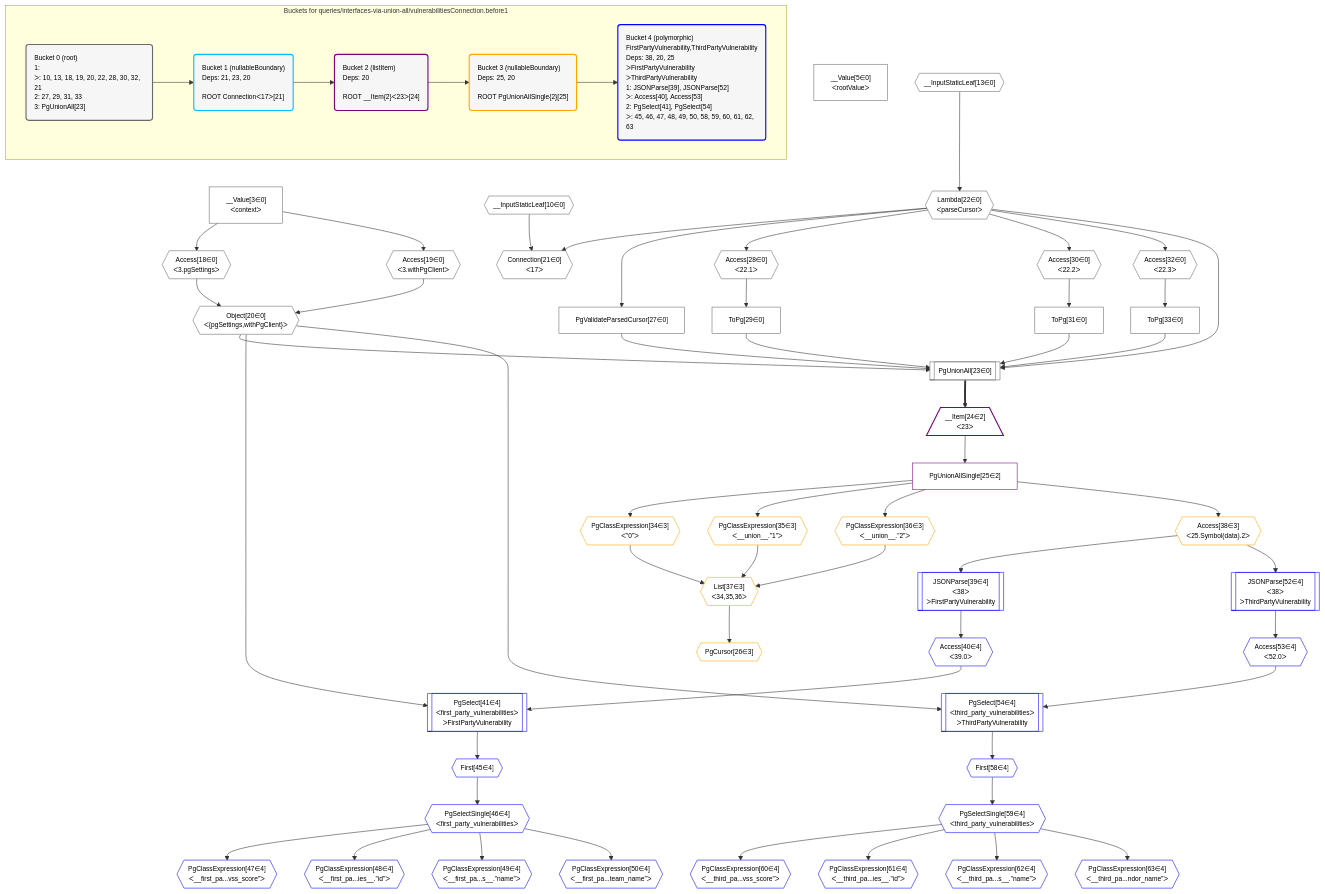
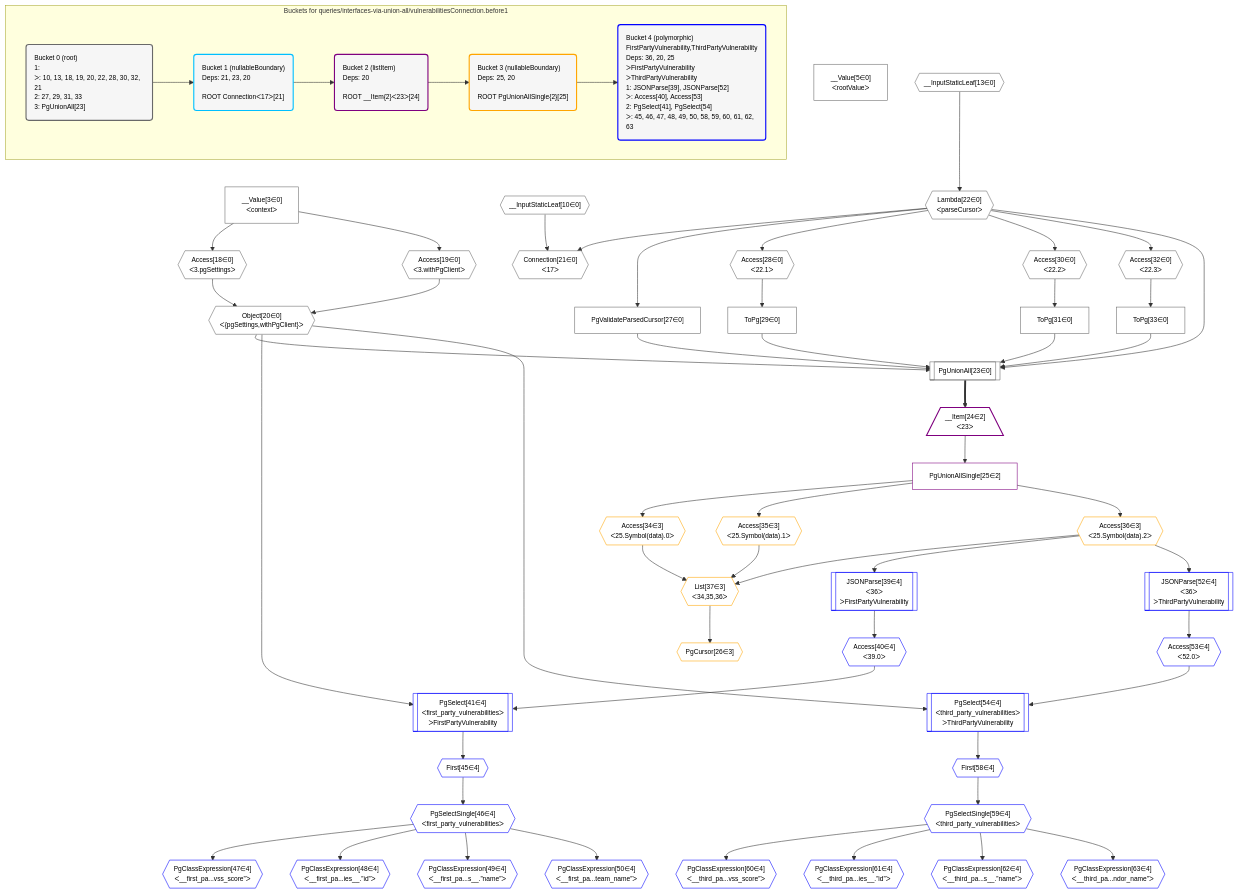
The diagram in grafast/dataplan-pg/__tests__/queries/interfaces-via-union-all/vulnerabilitiesConnection.before1.mermaid (graphile/crystal), drawn with Mermaid before and after one commit. The commit also changed 10 other files, not shown here.

```diff
--- a/grafast/dataplan-pg/__tests__/queries/interfaces-via-union-all/vulnerabilitiesConnection.before1.mermaid
+++ b/grafast/dataplan-pg/__tests__/queries/interfaces-via-union-all/vulnerabilitiesConnection.before1.mermaid
@@ -1,117 +1,115 @@
 %%{init: {'themeVariables': { 'fontSize': '12px'}}}%%
 graph TD
     classDef path fill:#eee,stroke:#000,color:#000
     classDef plan fill:#fff,stroke-width:1px,color:#000
     classDef itemplan fill:#fff,stroke-width:2px,color:#000
     classDef unbatchedplan fill:#dff,stroke-width:1px,color:#000
     classDef sideeffectplan fill:#fcc,stroke-width:2px,color:#000
     classDef bucket fill:#f6f6f6,color:#000,stroke-width:2px,text-align:left
 
 
     %% define steps
     __Value3["__Value[3∈0]<br />ᐸcontextᐳ"]:::plan
     __Value5["__Value[5∈0]<br />ᐸrootValueᐳ"]:::plan
     __InputStaticLeaf10{{"__InputStaticLeaf[10∈0]"}}:::plan
     __InputStaticLeaf13{{"__InputStaticLeaf[13∈0]"}}:::plan
     Access18{{"Access[18∈0]<br />ᐸ3.pgSettingsᐳ"}}:::plan
     Access19{{"Access[19∈0]<br />ᐸ3.withPgClientᐳ"}}:::plan
     Object20{{"Object[20∈0]<br />ᐸ{pgSettings,withPgClient}ᐳ"}}:::plan
     Lambda22{{"Lambda[22∈0]<br />ᐸparseCursorᐳ"}}:::plan
     Connection21{{"Connection[21∈0]<br />ᐸ17ᐳ"}}:::plan
     PgValidateParsedCursor27["PgValidateParsedCursor[27∈0]"]:::plan
     Access28{{"Access[28∈0]<br />ᐸ22.1ᐳ"}}:::plan
     ToPg29["ToPg[29∈0]"]:::plan
     Access30{{"Access[30∈0]<br />ᐸ22.2ᐳ"}}:::plan
     ToPg31["ToPg[31∈0]"]:::plan
     Access32{{"Access[32∈0]<br />ᐸ22.3ᐳ"}}:::plan
     ToPg33["ToPg[33∈0]"]:::plan
     PgUnionAll23[["PgUnionAll[23∈0]"]]:::plan
     __Item24[/"__Item[24∈2]<br />ᐸ23ᐳ"\]:::itemplan
     PgUnionAllSingle25["PgUnionAllSingle[25∈2]"]:::plan
-    PgClassExpression34{{"PgClassExpression[34∈3]<br />ᐸ”0”ᐳ"}}:::plan
-    PgClassExpression35{{"PgClassExpression[35∈3]<br />ᐸ__union__.”1”ᐳ"}}:::plan
-    PgClassExpression36{{"PgClassExpression[36∈3]<br />ᐸ__union__.”2”ᐳ"}}:::plan
+    Access34{{"Access[34∈3]<br />ᐸ25.Symbol(data).0ᐳ"}}:::plan
+    Access35{{"Access[35∈3]<br />ᐸ25.Symbol(data).1ᐳ"}}:::plan
+    Access36{{"Access[36∈3]<br />ᐸ25.Symbol(data).2ᐳ"}}:::plan
     List37{{"List[37∈3]<br />ᐸ34,35,36ᐳ"}}:::plan
     PgCursor26{{"PgCursor[26∈3]"}}:::plan
-    Access38{{"Access[38∈3]<br />ᐸ25.Symbol(data).2ᐳ"}}:::plan
-    JSONParse39[["JSONParse[39∈4]<br />ᐸ38ᐳ<br />ᐳFirstPartyVulnerability"]]:::plan
+    JSONParse39[["JSONParse[39∈4]<br />ᐸ36ᐳ<br />ᐳFirstPartyVulnerability"]]:::plan
     Access40{{"Access[40∈4]<br />ᐸ39.0ᐳ"}}:::plan
     PgSelect41[["PgSelect[41∈4]<br />ᐸfirst_party_vulnerabilitiesᐳ<br />ᐳFirstPartyVulnerability"]]:::plan
     First45{{"First[45∈4]"}}:::plan
     PgSelectSingle46{{"PgSelectSingle[46∈4]<br />ᐸfirst_party_vulnerabilitiesᐳ"}}:::plan
     PgClassExpression47{{"PgClassExpression[47∈4]<br />ᐸ__first_pa...vss_score”ᐳ"}}:::plan
     PgClassExpression48{{"PgClassExpression[48∈4]<br />ᐸ__first_pa...ies__.”id”ᐳ"}}:::plan
     PgClassExpression49{{"PgClassExpression[49∈4]<br />ᐸ__first_pa...s__.”name”ᐳ"}}:::plan
     PgClassExpression50{{"PgClassExpression[50∈4]<br />ᐸ__first_pa...team_name”ᐳ"}}:::plan
-    JSONParse52[["JSONParse[52∈4]<br />ᐸ38ᐳ<br />ᐳThirdPartyVulnerability"]]:::plan
+    JSONParse52[["JSONParse[52∈4]<br />ᐸ36ᐳ<br />ᐳThirdPartyVulnerability"]]:::plan
     Access53{{"Access[53∈4]<br />ᐸ52.0ᐳ"}}:::plan
     PgSelect54[["PgSelect[54∈4]<br />ᐸthird_party_vulnerabilitiesᐳ<br />ᐳThirdPartyVulnerability"]]:::plan
     First58{{"First[58∈4]"}}:::plan
     PgSelectSingle59{{"PgSelectSingle[59∈4]<br />ᐸthird_party_vulnerabilitiesᐳ"}}:::plan
     PgClassExpression60{{"PgClassExpression[60∈4]<br />ᐸ__third_pa...vss_score”ᐳ"}}:::plan
     PgClassExpression61{{"PgClassExpression[61∈4]<br />ᐸ__third_pa...ies__.”id”ᐳ"}}:::plan
     PgClassExpression62{{"PgClassExpression[62∈4]<br />ᐸ__third_pa...s__.”name”ᐳ"}}:::plan
     PgClassExpression63{{"PgClassExpression[63∈4]<br />ᐸ__third_pa...ndor_name”ᐳ"}}:::plan
 
     %% plan dependencies
     __Value3 --> Access18
     __Value3 --> Access19
     Access18 & Access19 --> Object20
     __InputStaticLeaf13 --> Lambda22
     __InputStaticLeaf10 & Lambda22 --> Connection21
     Lambda22 --> PgValidateParsedCursor27
     Lambda22 --> Access28
     Access28 --> ToPg29
     Lambda22 --> Access30
     Access30 --> ToPg31
     Lambda22 --> Access32
     Access32 --> ToPg33
     Object20 & Lambda22 & PgValidateParsedCursor27 & ToPg29 & ToPg31 & ToPg33 --> PgUnionAll23
     PgUnionAll23 ==> __Item24
     __Item24 --> PgUnionAllSingle25
-    PgUnionAllSingle25 --> PgClassExpression34
-    PgUnionAllSingle25 --> PgClassExpression35
-    PgUnionAllSingle25 --> PgClassExpression36
-    PgClassExpression34 & PgClassExpression35 & PgClassExpression36 --> List37
+    PgUnionAllSingle25 --> Access34
+    PgUnionAllSingle25 --> Access35
+    PgUnionAllSingle25 --> Access36
+    Access34 & Access35 & Access36 --> List37
     List37 --> PgCursor26
-    PgUnionAllSingle25 --> Access38
-    Access38 --> JSONParse39
+    Access36 --> JSONParse39
     JSONParse39 --> Access40
     Object20 & Access40 --> PgSelect41
     PgSelect41 --> First45
     First45 --> PgSelectSingle46
     PgSelectSingle46 --> PgClassExpression47
     PgSelectSingle46 --> PgClassExpression48
     PgSelectSingle46 --> PgClassExpression49
     PgSelectSingle46 --> PgClassExpression50
-    Access38 --> JSONParse52
+    Access36 --> JSONParse52
     JSONParse52 --> Access53
     Object20 & Access53 --> PgSelect54
     PgSelect54 --> First58
     First58 --> PgSelectSingle59
     PgSelectSingle59 --> PgClassExpression60
     PgSelectSingle59 --> PgClassExpression61
     PgSelectSingle59 --> PgClassExpression62
     PgSelectSingle59 --> PgClassExpression63
 
     subgraph "Buckets for queries/interfaces-via-union-all/vulnerabilitiesConnection.before1"
     Bucket0("Bucket 0 (root)<br />1: <br />ᐳ: 10, 13, 18, 19, 20, 22, 28, 30, 32, 21<br />2: 27, 29, 31, 33<br />3: PgUnionAll[23]"):::bucket
     classDef bucket0 stroke:#696969
     class Bucket0,__Value3,__Value5,__InputStaticLeaf10,__InputStaticLeaf13,Access18,Access19,Object20,Connection21,Lambda22,PgUnionAll23,PgValidateParsedCursor27,Access28,ToPg29,Access30,ToPg31,Access32,ToPg33 bucket0
     Bucket1("Bucket 1 (nullableBoundary)<br />Deps: 21, 23, 20<br /><br />ROOT Connectionᐸ17ᐳ[21]"):::bucket
     classDef bucket1 stroke:#00bfff
     class Bucket1 bucket1
     Bucket2("Bucket 2 (listItem)<br />Deps: 20<br /><br />ROOT __Item{2}ᐸ23ᐳ[24]"):::bucket
     classDef bucket2 stroke:#7f007f
     class Bucket2,__Item24,PgUnionAllSingle25 bucket2
     Bucket3("Bucket 3 (nullableBoundary)<br />Deps: 25, 20<br /><br />ROOT PgUnionAllSingle{2}[25]"):::bucket
     classDef bucket3 stroke:#ffa500
-    class Bucket3,PgCursor26,PgClassExpression34,PgClassExpression35,PgClassExpression36,List37,Access38 bucket3
-    Bucket4("Bucket 4 (polymorphic)<br />FirstPartyVulnerability,ThirdPartyVulnerability<br />Deps: 38, 20, 25<br />ᐳFirstPartyVulnerability<br />ᐳThirdPartyVulnerability<br />1: JSONParse[39], JSONParse[52]<br />ᐳ: Access[40], Access[53]<br />2: PgSelect[41], PgSelect[54]<br />ᐳ: 45, 46, 47, 48, 49, 50, 58, 59, 60, 61, 62, 63"):::bucket
+    class Bucket3,PgCursor26,Access34,Access35,Access36,List37 bucket3
+    Bucket4("Bucket 4 (polymorphic)<br />FirstPartyVulnerability,ThirdPartyVulnerability<br />Deps: 36, 20, 25<br />ᐳFirstPartyVulnerability<br />ᐳThirdPartyVulnerability<br />1: JSONParse[39], JSONParse[52]<br />ᐳ: Access[40], Access[53]<br />2: PgSelect[41], PgSelect[54]<br />ᐳ: 45, 46, 47, 48, 49, 50, 58, 59, 60, 61, 62, 63"):::bucket
     classDef bucket4 stroke:#0000ff
     class Bucket4,JSONParse39,Access40,PgSelect41,First45,PgSelectSingle46,PgClassExpression47,PgClassExpression48,PgClassExpression49,PgClassExpression50,JSONParse52,Access53,PgSelect54,First58,PgSelectSingle59,PgClassExpression60,PgClassExpression61,PgClassExpression62,PgClassExpression63 bucket4
     Bucket0 --> Bucket1
     Bucket1 --> Bucket2
     Bucket2 --> Bucket3
     Bucket3 --> Bucket4
     end
```
